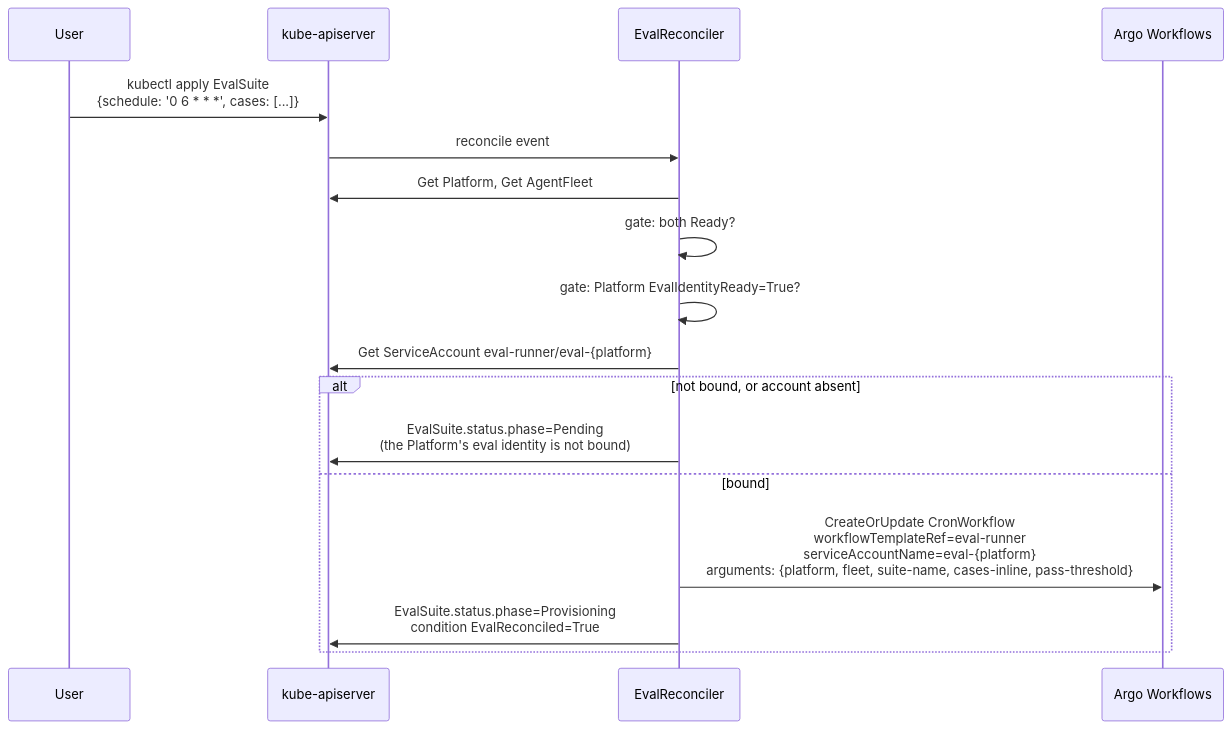
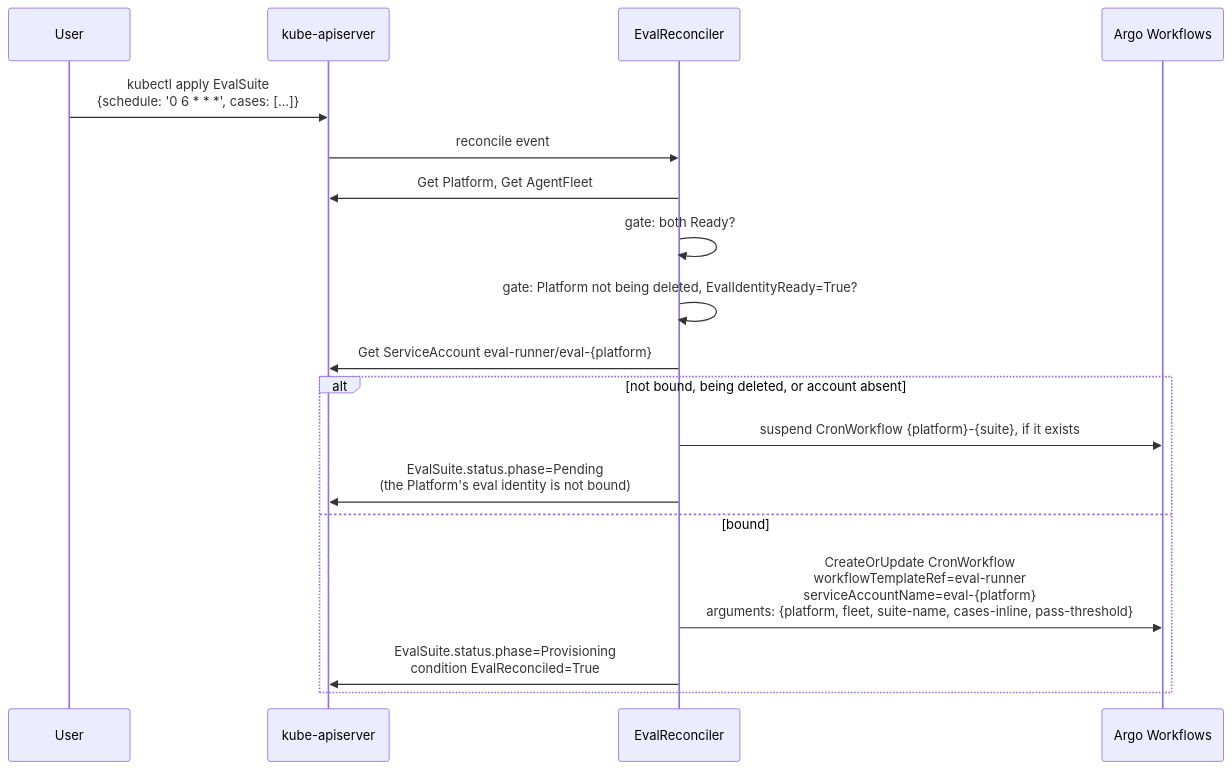
One commit to nanohype/eks-agent-platform changed the first of 3 diagrams in docs/architecture/eval-gating-flow.md. Above: the diagram before and after it, drawn with Mermaid. The commit also changed other lines of this file and 19 other files, not shown here.

First line of the commit message:
fix(security): record the eval role at mint, gate teardown on it, and suspend eval schedules

````diff
--- a/docs/architecture/eval-gating-flow.md
+++ b/docs/architecture/eval-gating-flow.md
@@ -7,20 +7,21 @@
 ```mermaid
 sequenceDiagram
   participant User
   participant K8s as kube-apiserver
   participant ER as EvalReconciler
   participant Argo as Argo Workflows
 
   User->>K8s: kubectl apply EvalSuite<br/>{schedule: '0 6 * * *', cases: [...]}
   K8s->>ER: reconcile event
   ER->>K8s: Get Platform, Get AgentFleet
   ER->>ER: gate: both Ready?
-  ER->>ER: gate: Platform EvalIdentityReady=True?
+  ER->>ER: gate: Platform not being deleted, EvalIdentityReady=True?
   ER->>K8s: Get ServiceAccount eval-runner/eval-{platform}
-  alt not bound, or account absent
+  alt not bound, being deleted, or account absent
+    ER->>Argo: suspend CronWorkflow {platform}-{suite}, if it exists
     ER->>K8s: EvalSuite.status.phase=Pending<br/>(the Platform's eval identity is not bound)
   else bound
     ER->>Argo: CreateOrUpdate CronWorkflow<br/>workflowTemplateRef=eval-runner<br/>serviceAccountName=eval-{platform}<br/>arguments: {platform, fleet, suite-name, cases-inline, pass-threshold}
     ER->>K8s: EvalSuite.status.phase=Provisioning<br/>condition EvalReconciled=True
   end
 ```
````
